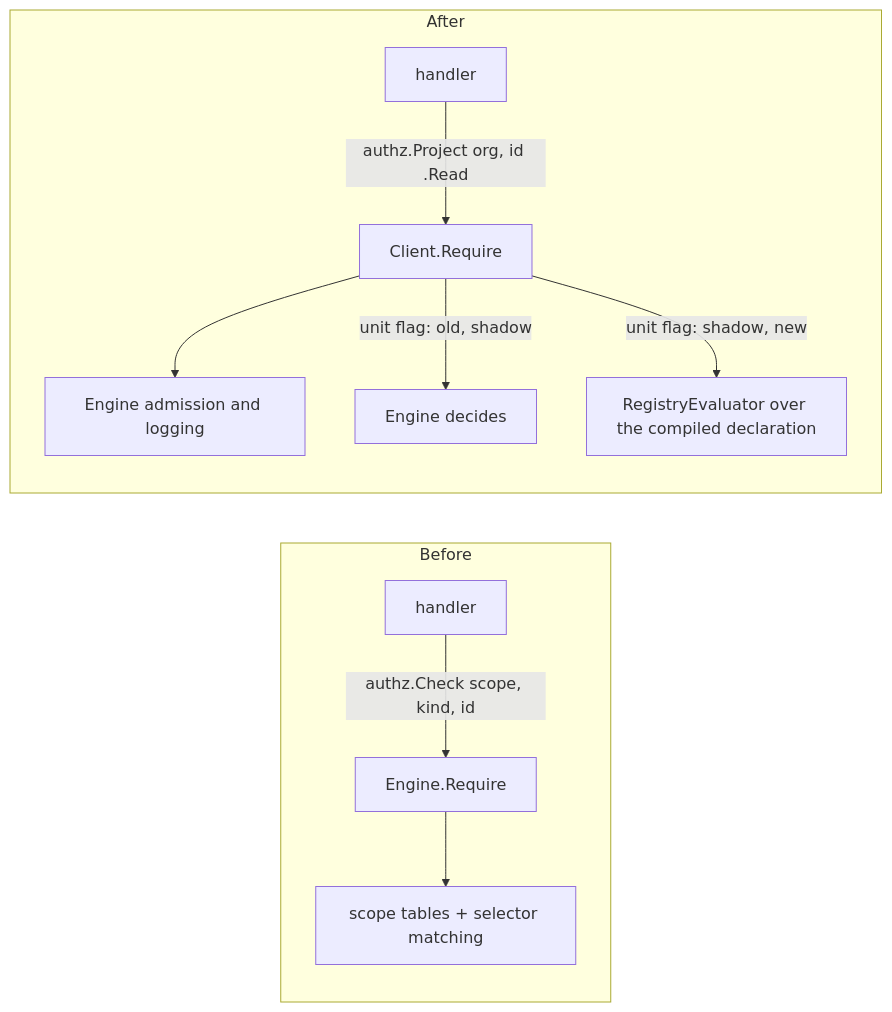
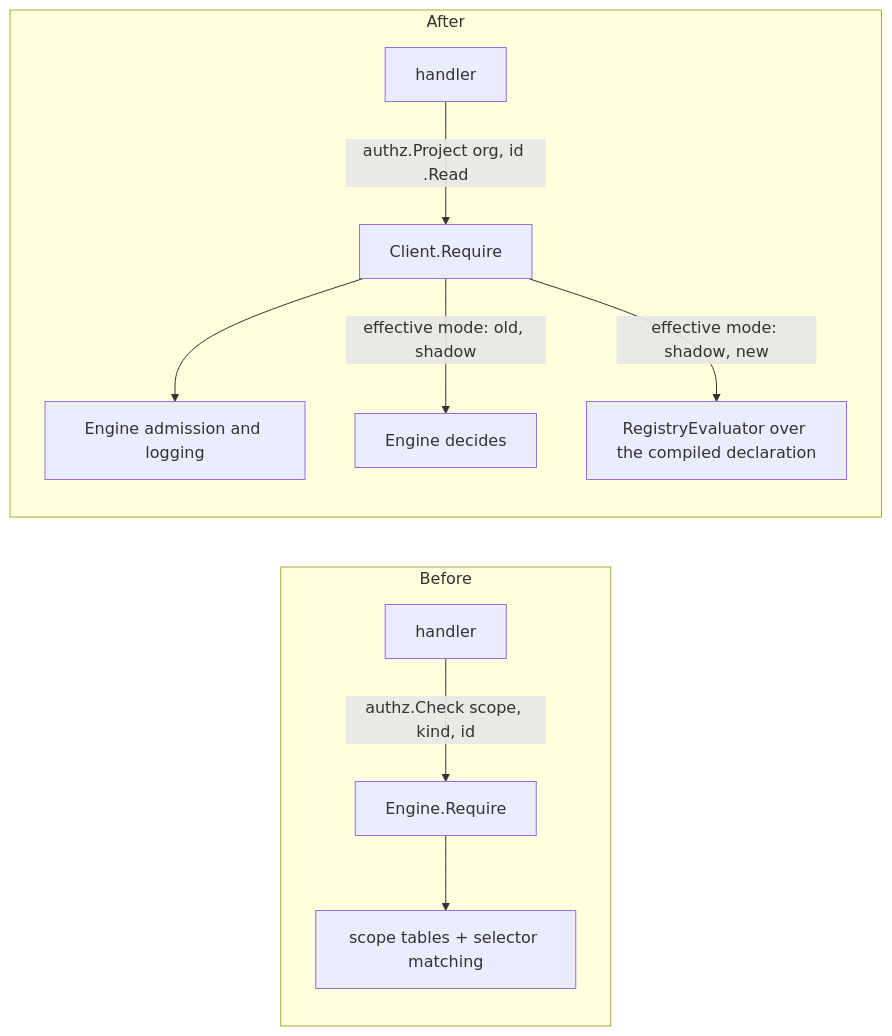
Before and after one commit to speakeasy-api/gram: the diagram in docs/rbac-migrating-a-service.md, drawn with Mermaid. The commit also changed 8 other files, not shown here.

````diff
--- a/docs/rbac-migrating-a-service.md
+++ b/docs/rbac-migrating-a-service.md
@@ -7,13 +7,13 @@
 ```mermaid
 flowchart LR
     subgraph before[Before]
         H1[handler] -->|authz.Check scope, kind, id| E1[Engine.Require]
         E1 --> T1[scope tables + selector matching]
     end
     subgraph after[After]
         H2[handler] -->|authz.Project org, id .Read| C2[Client.Require]
         C2 --> A2[Engine admission and logging]
-        C2 -->|unit flag: old, shadow| E2[Engine decides]
-        C2 -->|unit flag: shadow, new| R2[RegistryEvaluator over the compiled declaration]
+        C2 -->|effective mode: old, shadow| E2[Engine decides]
+        C2 -->|effective mode: shadow, new| R2[RegistryEvaluator over the compiled declaration]
     end
 ```
````
